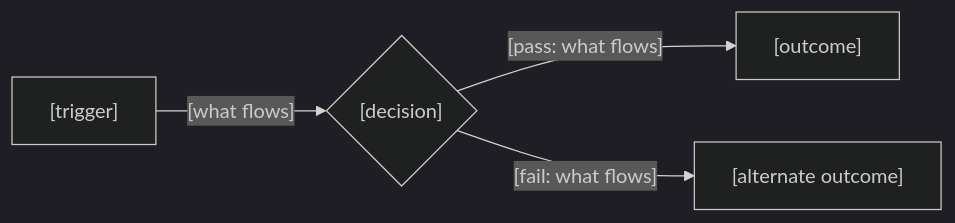
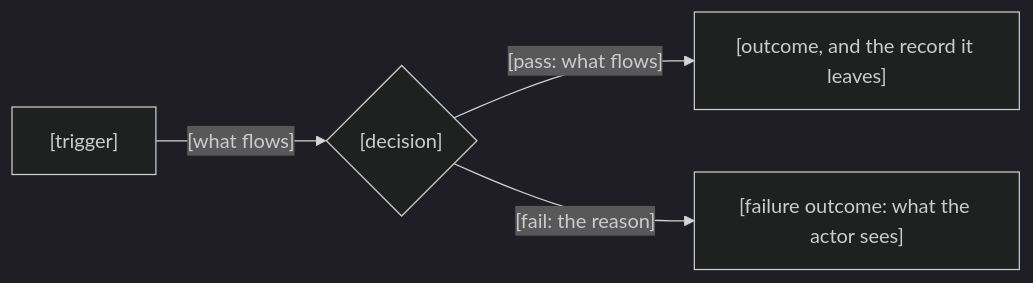
The fifth of 6 diagrams in core/shared/templates/doflow/design-template.md (khoavu882/do-flow), drawn with Mermaid (dark theme) before and after one commit. The commit also changed other lines of this file and 3 other files, not shown here.

First line of the commit message:
docs(guidance,templates): say what each diagram slot has to show

````diff
--- a/core/shared/templates/doflow/design-template.md
+++ b/core/shared/templates/doflow/design-template.md
@@ -166,6 +179,6 @@
 ```mermaid
 flowchart LR
     START["[trigger]"] -->|"[what flows]"| CHECK{"[decision]"}
-    CHECK -->|"[pass: what flows]"| DONE["[outcome]"]
-    CHECK -->|"[fail: what flows]"| STOP["[alternate outcome]"]
+    CHECK -->|"[pass: what flows]"| DONE["[outcome, and the record it leaves]"]
+    CHECK -->|"[fail: the reason]"| STOP["[failure outcome: what the actor sees]"]
 ```
````
